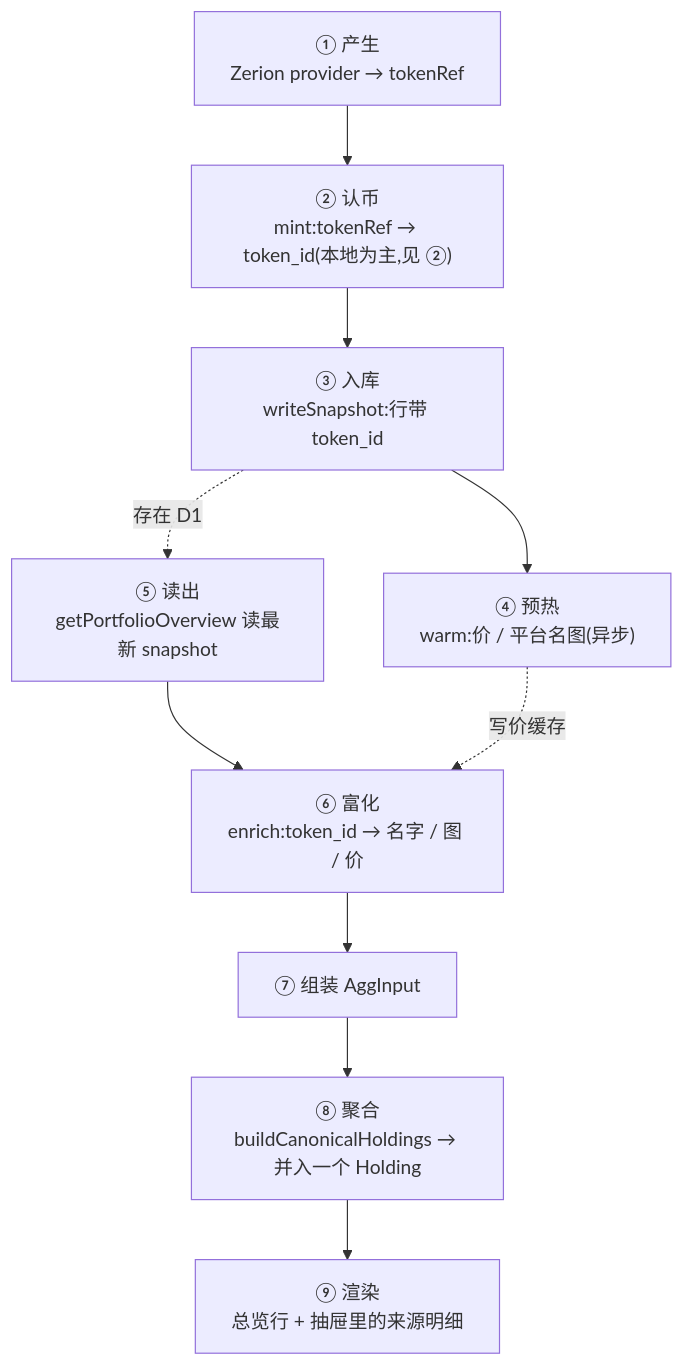
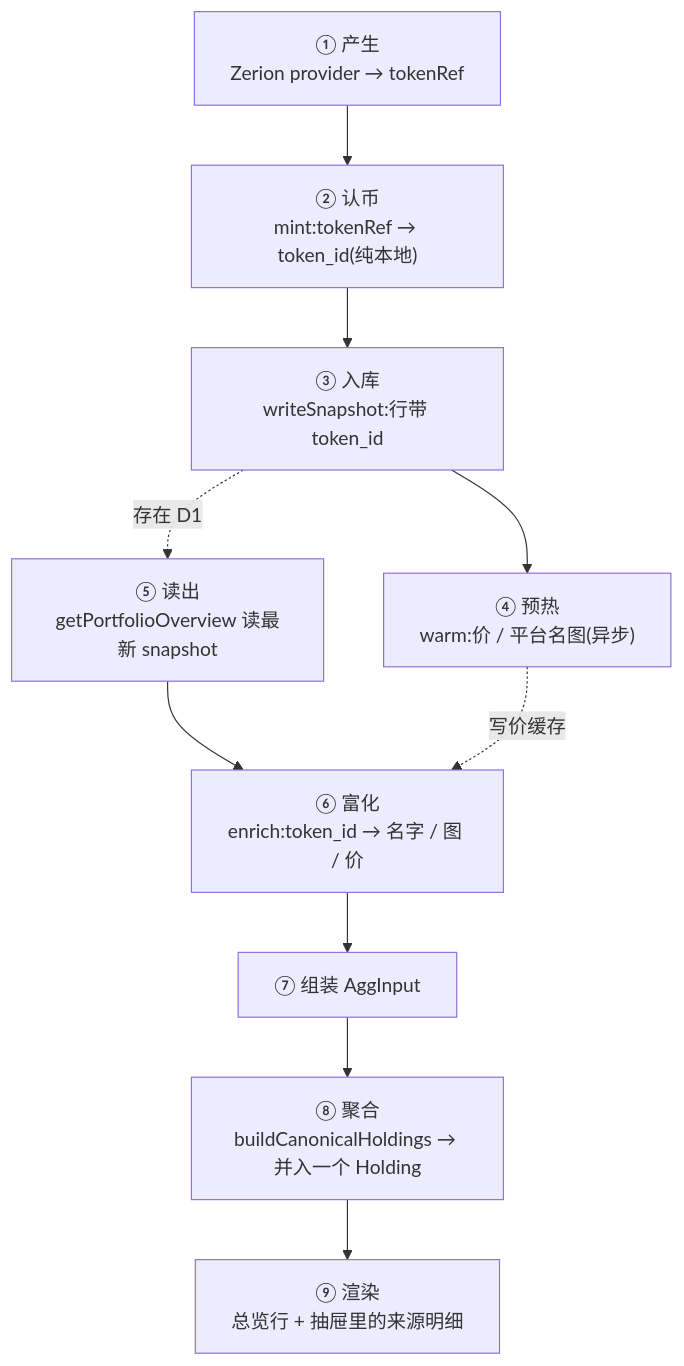
One commit to x0finch/folio2 changed the diagram in docs/architecture/02-canonical-aggregation.md. Above: the diagram before and after it, drawn with Mermaid. The commit also changed other lines of this file and 2 other files, not shown here.

````diff
--- a/docs/architecture/02-canonical-aggregation.md
+++ b/docs/architecture/02-canonical-aggregation.md
@@ -7,12 +7,12 @@
 ```mermaid
 flowchart TD
-    P["① 产生<br/>Zerion provider → tokenRef"] --> M["② 认币<br/>mint:tokenRef → token_id(本地为主,见 ②)"]
+    P["① 产生<br/>Zerion provider → tokenRef"] --> M["② 认币<br/>mint:tokenRef → token_id(纯本地)"]
     M --> S["③ 入库<br/>writeSnapshot:行带 token_id"]
     S --> W["④ 预热<br/>warm:价 / 平台名图(异步)"]
     R["⑤ 读出<br/>getPortfolioOverview 读最新 snapshot"] --> E["⑥ 富化<br/>enrich:token_id → 名字 / 图 / 价"]
     E --> AG["⑦ 组装 AggInput"]
     AG --> AGG["⑧ 聚合<br/>buildCanonicalHoldings → 并入一个 Holding"]
     AGG --> RD["⑨ 渲染<br/>总览行 + 抽屉里的来源明细"]
     S -.存在 D1.-> R
     W -.写价缓存.-> E
 ```
````
